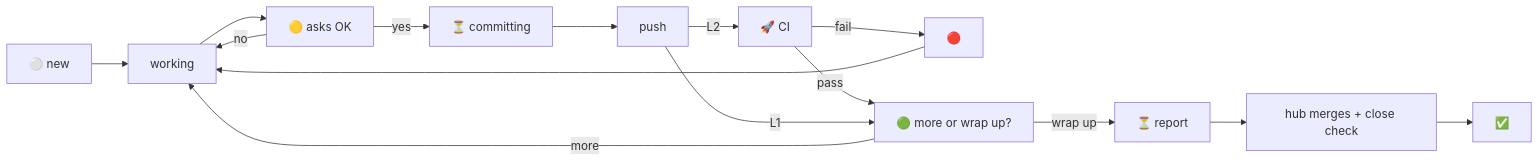
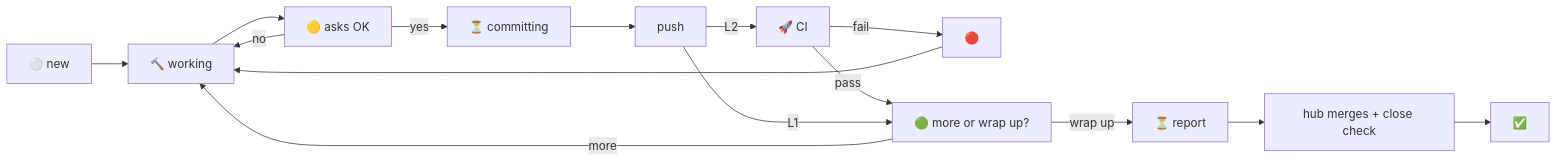
The first of 2 diagrams in README.md (jamaldeemer/chat-hub-core), drawn with Mermaid before and after one commit. The commit also changed other lines of this file and 5 other files, not shown here.

````diff
--- a/README.md
+++ b/README.md
@@ -59,17 +60,17 @@
 ```mermaid
 flowchart LR
-  N["⚪ new"] --> W[working]
+  N["⚪ new"] --> W["🔨 working"]
   W --> Y["🟡 asks OK"]
   Y -- yes --> C["⏳ committing"]
   Y -- no --> W
   C --> P[push]
   P -- L2 --> R["🚀 CI"]
   R -- fail --> F["🔴"]
   F --> W
   R -- pass --> Q["🟢 more or wrap up?"]
   P -- L1 --> Q
   Q -- more --> W
   Q -- wrap up --> WR["⏳ report"]
   WR --> M[hub merges + close check]
   M --> D["✅"]
 ```
````
